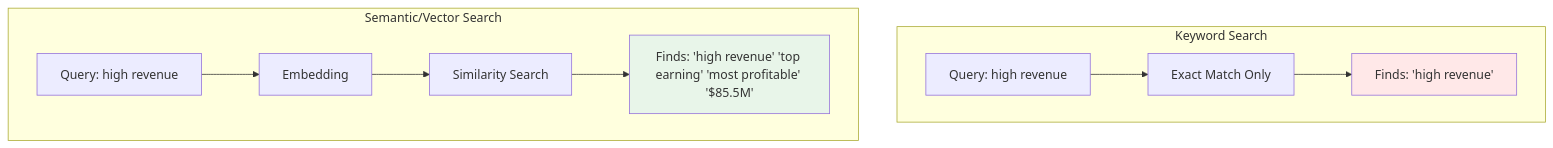
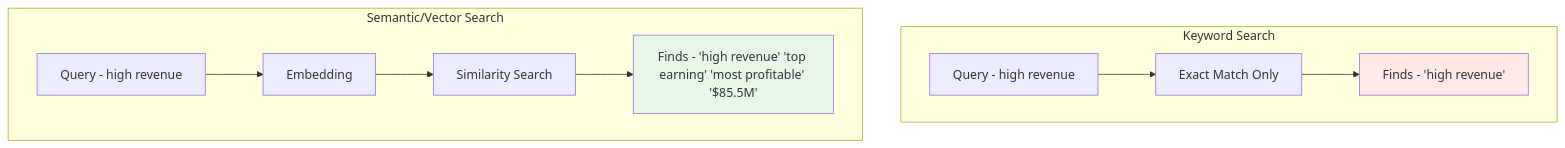
One commit to skillrepos/ai-3in1 changed the sixth of 6 diagrams in docs/architecture-lab4.md. Above: the diagram before and after it, drawn with Mermaid. The commit also changed other lines of this file, not shown here.

Commit message:
Refine terminology in architecture-lab4.md

````diff
--- a/docs/architecture-lab4.md
+++ b/docs/architecture-lab4.md
@@ -216,20 +216,20 @@
 ```mermaid
 graph TB
     subgraph "Keyword Search"
-        KQ["Query: high revenue"]
+        KQ["Query - high revenue"]
         KM[Exact Match Only]
-        KR["Finds: 'high revenue'"]
+        KR["Finds - 'high revenue'"]
         KQ --> KM --> KR
     end
 
     subgraph "Semantic/Vector Search"
-        SQ["Query: high revenue"]
+        SQ["Query - high revenue"]
         SE[Embedding]
         SS[Similarity Search]
-        SR["Finds: 'high revenue' 'top earning' 'most profitable' '$85.5M'"]
+        SR["Finds - 'high revenue' 'top earning' 'most profitable' '$85.5M'"]
         SQ --> SE --> SS --> SR
     end
 
     style SR fill:#e8f5e9
     style KR fill:#ffe8e8
 ```
````
